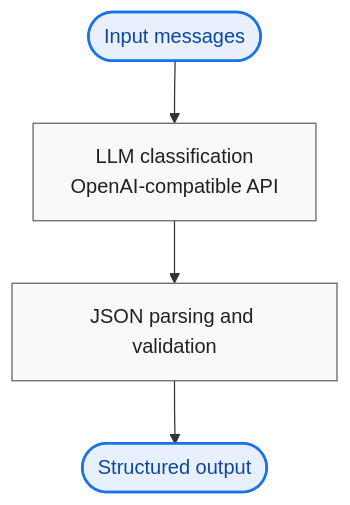
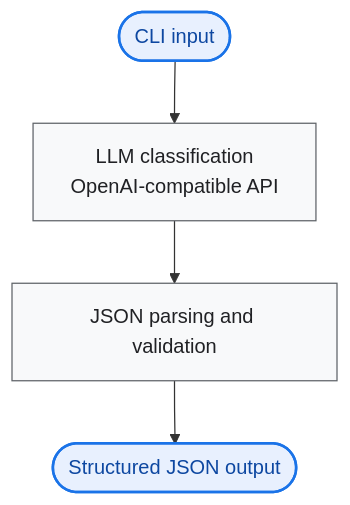
Before and after one commit to Sarvesh-Ragav/Zuntra---AI-Agenting-Task: the first of 2 diagrams in README.md, drawn with Mermaid. The commit also changed other lines of this file, not shown here.

First line of the commit message:
docs: align README with interactive CLI, retry, and current prompt

````diff
--- a/README.md
+++ b/README.md
@@ -11,11 +13,11 @@
 ```mermaid
 flowchart TD
-    A([Input messages]) --> B[LLM classification<br/>OpenAI-compatible API]
+    A([CLI input]) --> B[LLM classification<br/>OpenAI-compatible API]
     B --> C[JSON parsing and validation]
-    C --> D([Structured output])
+    C --> D([Structured JSON output])
 
     classDef terminal fill:#e8f0fe,stroke:#1a73e8,stroke-width:2px,color:#0d47a1
     classDef step fill:#f8f9fa,stroke:#5f6368,stroke-width:1px,color:#202124
     class A,D terminal
     class B,C step
 ```
````
